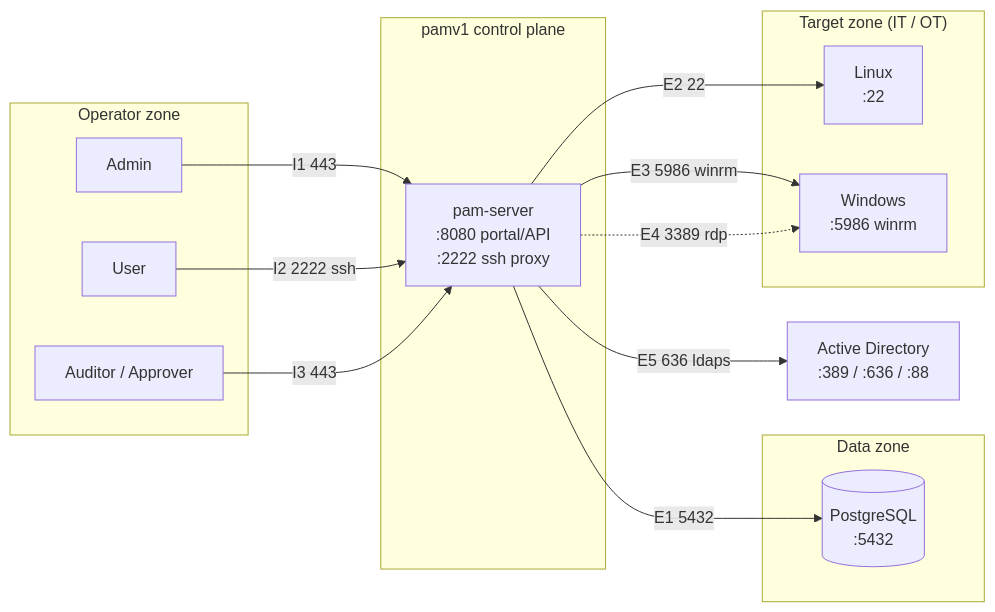
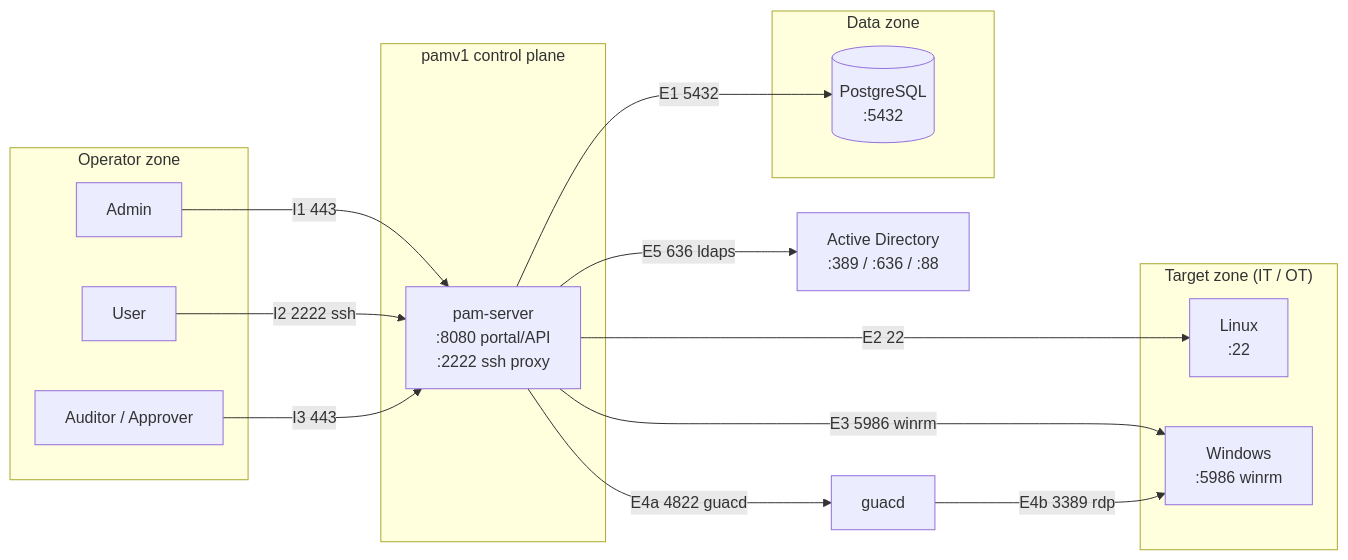
One commit to morandeirachema/pamv1 changed the diagram in docs/PORTS-AND-FLOWS.md. Above: the diagram before and after it, drawn with Mermaid. The commit also changed other lines of this file and 19 other files, not shown here.

First line of the commit message:
Phase 4: NTLM WinRM auth and RDP brokering via Guacamole guacd

````diff
--- a/docs/PORTS-AND-FLOWS.md
+++ b/docs/PORTS-AND-FLOWS.md
@@ -61,28 +62,29 @@
 ```mermaid
 flowchart LR
     subgraph OPS["Operator zone"]
         A["Admin"]
         U["User"]
         R["Auditor / Approver"]
     end
     subgraph PAM["pamv1 control plane"]
         S["pam-server<br/>:8080 portal/API<br/>:2222 ssh proxy"]
     end
     subgraph DATA["Data zone"]
         DB[("PostgreSQL<br/>:5432")]
     end
     subgraph TGT["Target zone (IT / OT)"]
         L["Linux<br/>:22"]
         W["Windows<br/>:5986 winrm"]
     end
     ID["Active Directory<br/>:389 / :636 / :88"]
 
     A -->|"I1 443"| S
     U -->|"I2 2222 ssh"| S
     R -->|"I3 443"| S
     S -->|"E1 5432"| DB
     S -->|"E2 22"| L
     S -->|"E3 5986 winrm"| W
-    S -.->|"E4 3389 rdp"| W
+    S -->|"E4a 4822 guacd"| G["guacd"]
+    G -->|"E4b 3389 rdp"| W
     S -->|"E5 636 ldaps"| ID
 ```
````
